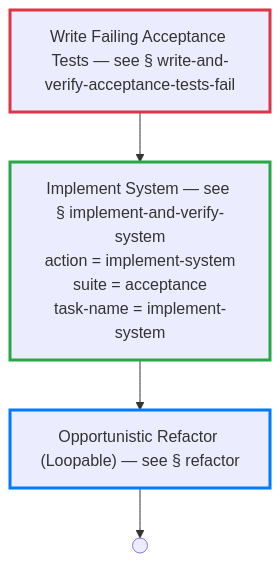
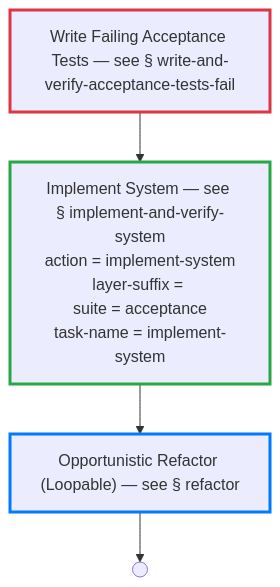
One commit to optivem/gh-optivem changed the seventh of 51 diagrams in docs/process-diagram.md. Above: the diagram before and after it, drawn with Mermaid. The commit also changed other lines of this file and 9 other files, not shown here.

Commit message:
atdd: regenerate process-flow diagram

````diff
--- a/docs/process-diagram.md
+++ b/docs/process-diagram.md
@@ -167,20 +167,20 @@
 ```mermaid
 flowchart TD
     WRITE_AND_VERIFY_ACCEPTANCE_TESTS_FAIL[Write Failing Acceptance Tests — see § write-and-verify-acceptance-tests-fail]
-    IMPLEMENT_AND_VERIFY_SYSTEM["Implement System — see § implement-and-verify-system<br/>action = implement-system<br/>suite = acceptance<br/>task-name = implement-system"]
+    IMPLEMENT_AND_VERIFY_SYSTEM["Implement System — see § implement-and-verify-system<br/>action = implement-system<br/>layer-suffix = <br/>suite = acceptance<br/>task-name = implement-system"]
     REFACTOR_OPPORTUNISTICALLY["Opportunistic Refactor (Loopable) — see § refactor"]
     CHANGE_SYSTEM_BEHAVIOR_END(( ))
 
     WRITE_AND_VERIFY_ACCEPTANCE_TESTS_FAIL --> IMPLEMENT_AND_VERIFY_SYSTEM
     IMPLEMENT_AND_VERIFY_SYSTEM --> REFACTOR_OPPORTUNISTICALLY
     REFACTOR_OPPORTUNISTICALLY --> CHANGE_SYSTEM_BEHAVIOR_END
 
     classDef tddRedNode stroke:#dc3545,stroke-width:3px
     class WRITE_AND_VERIFY_ACCEPTANCE_TESTS_FAIL tddRedNode
 
     classDef tddGreenNode stroke:#28a745,stroke-width:3px
     class IMPLEMENT_AND_VERIFY_SYSTEM tddGreenNode
 
     classDef tddRefactorNode stroke:#007bff,stroke-width:3px
     class REFACTOR_OPPORTUNISTICALLY tddRefactorNode
 ```
````
